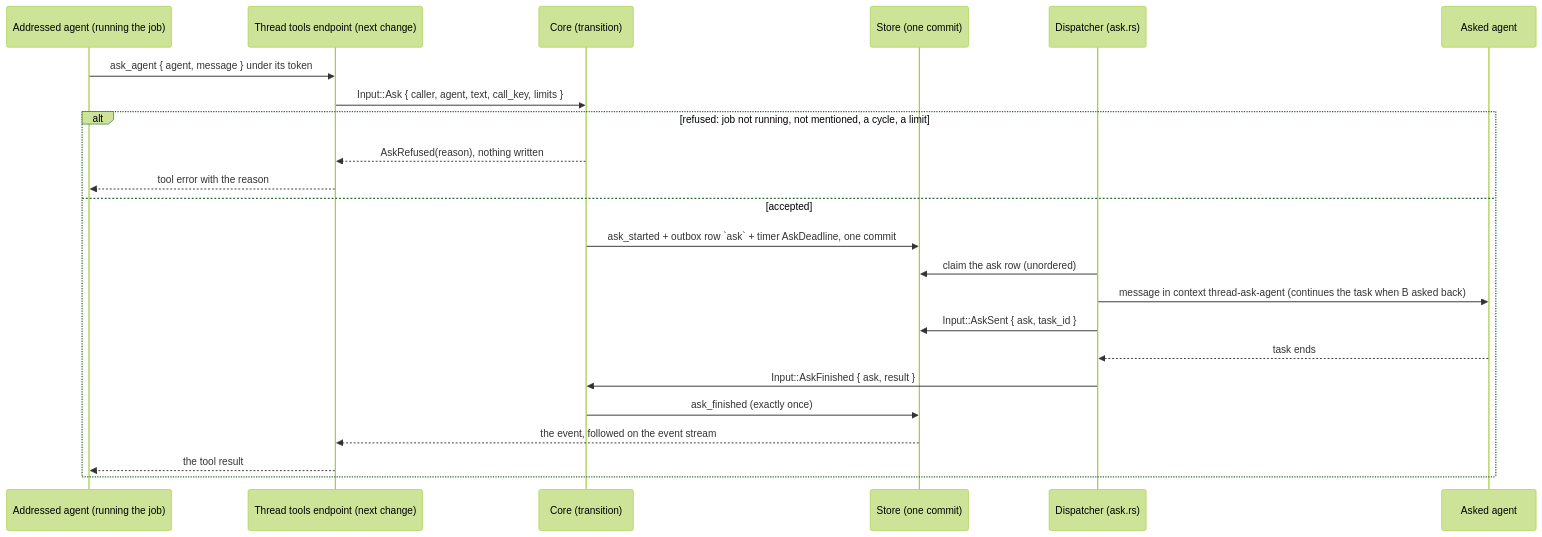
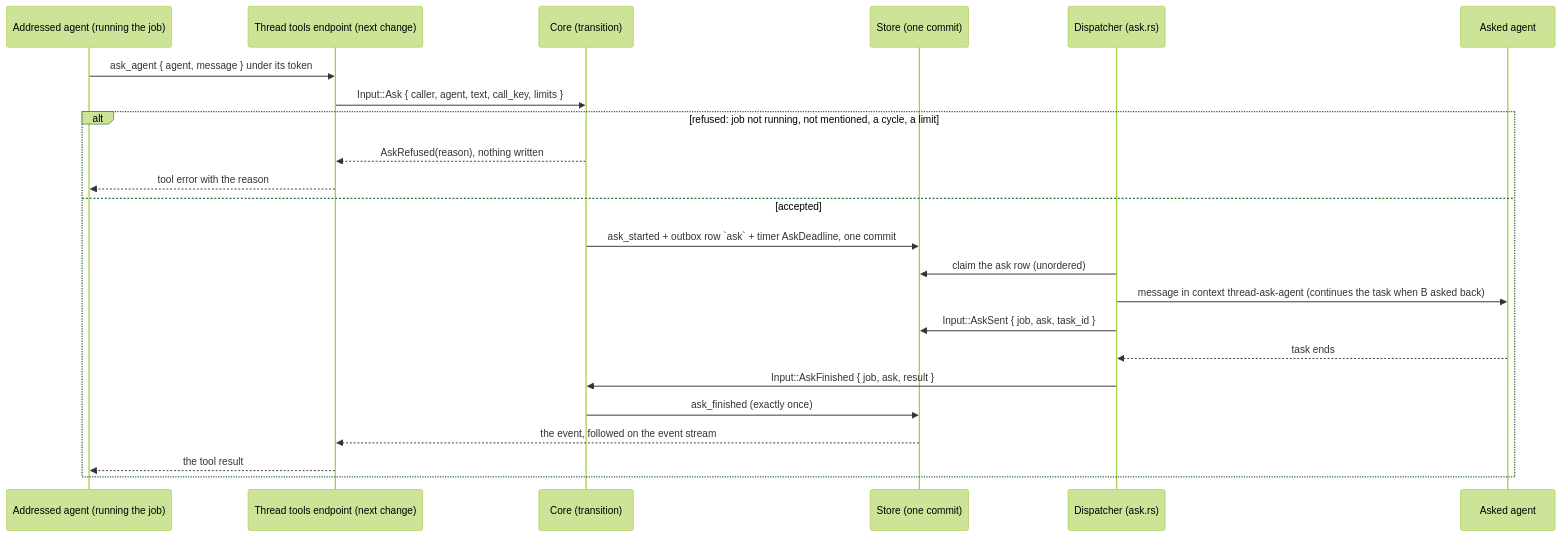
One commit to vymalo/another-agentic-system changed the tenth of 40 diagrams in docs/orchestrator.md. Above: the diagram before and after it, drawn with Mermaid (forest theme). The commit also changed other lines of this file and 73 other files, not shown here.

````diff
--- a/docs/orchestrator.md
+++ b/docs/orchestrator.md
@@ -600,25 +598,25 @@
 ```mermaid
 sequenceDiagram
   participant M as Addressed agent (running the job)
   participant E as Thread tools endpoint (next change)
   participant C as Core (transition)
   participant S as Store (one commit)
   participant D as Dispatcher (ask.rs)
   participant B as Asked agent
   M->>E: ask_agent { agent, message } under its token
   E->>C: Input::Ask { caller, agent, text, call_key, limits }
   alt refused: job not running, not mentioned, a cycle, a limit
     C-->>E: AskRefused(reason), nothing written
     E-->>M: tool error with the reason
   else accepted
     C->>S: ask_started + outbox row `ask` + timer AskDeadline, one commit
     D->>S: claim the ask row (unordered)
     D->>B: message in context thread-ask-agent (continues the task when B asked back)
-    D->>S: Input::AskSent { ask, task_id }
+    D->>S: Input::AskSent { job, ask, task_id }
     B-->>D: task ends
-    D->>C: Input::AskFinished { ask, result }
+    D->>C: Input::AskFinished { job, ask, result }
     C->>S: ask_finished (exactly once)
     S-->>E: the event, followed on the event stream
     E-->>M: the tool result
   end
 ```
````
